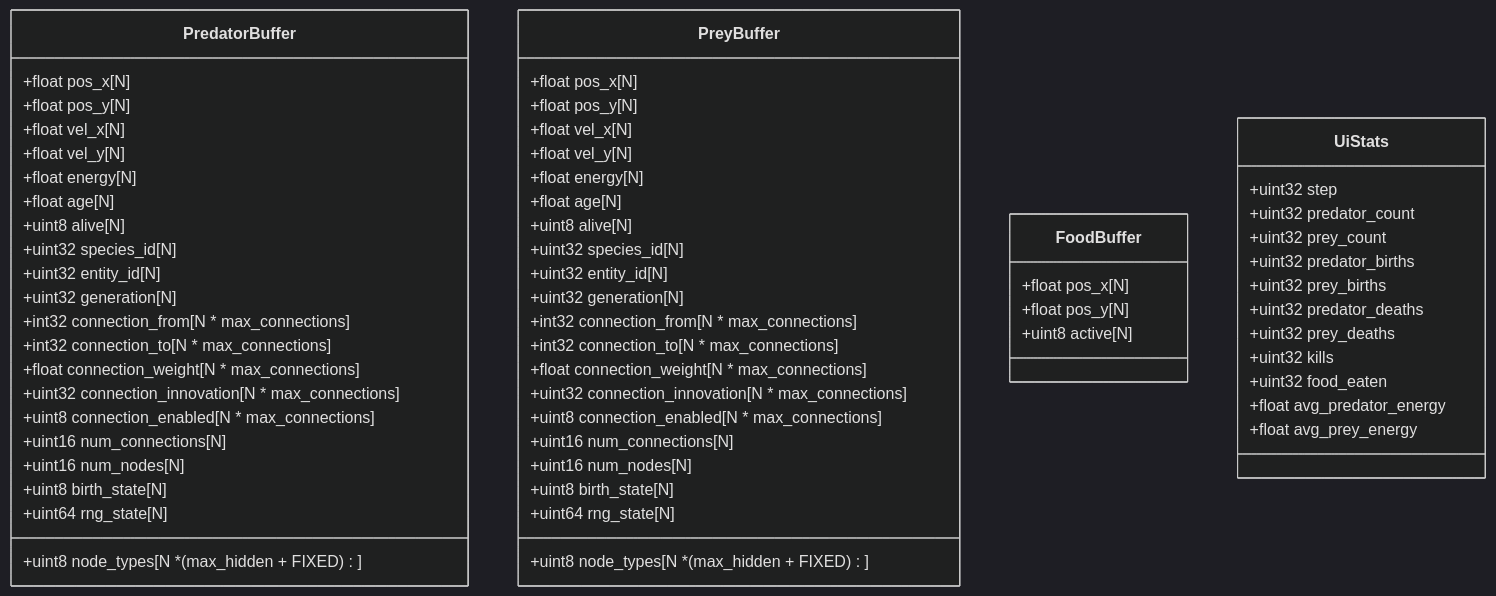
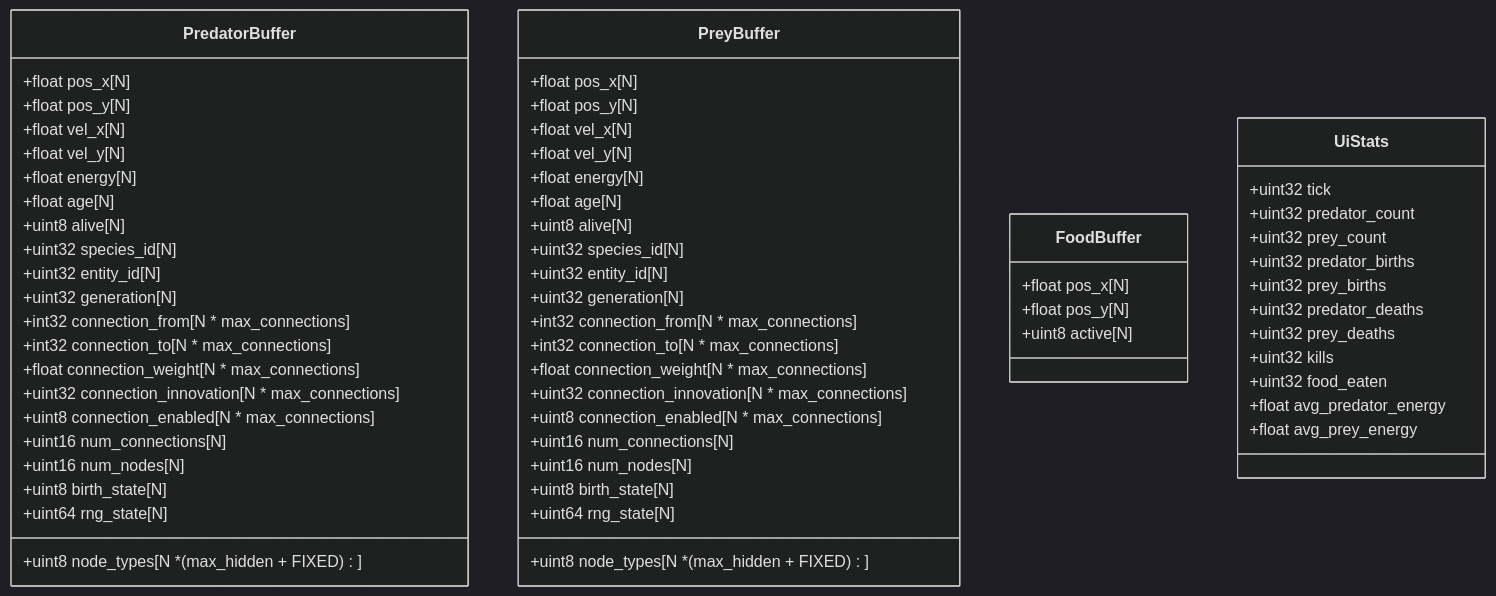
One commit to oguzhanozkaya/moonai changed the third of 4 diagrams in docs/internals/roadmap.md. Above: the diagram before and after it, drawn with Mermaid (dark theme). The commit also changed other lines of this file and 27 other files, not shown here.

Commit message:
refactor: naming, step to tick

````diff
--- a/docs/internals/roadmap.md
+++ b/docs/internals/roadmap.md
@@ -142,68 +99,68 @@
 ```mermaid
 classDiagram
     class PredatorBuffer {
         +float pos_x[N]
         +float pos_y[N]
         +float vel_x[N]
         +float vel_y[N]
         +float energy[N]
         +float age[N]
         +uint8 alive[N]
         +uint32 species_id[N]
         +uint32 entity_id[N]
         +uint32 generation[N]
         +int32 connection_from[N * max_connections]
         +int32 connection_to[N * max_connections]
         +float connection_weight[N * max_connections]
         +uint32 connection_innovation[N * max_connections]
         +uint8 connection_enabled[N * max_connections]
         +uint8 node_types[N * (max_hidden + FIXED)]
         +uint16 num_connections[N]
         +uint16 num_nodes[N]
         +uint8 birth_state[N]
         +uint64 rng_state[N]
     }
 
     class PreyBuffer {
         +float pos_x[N]
         +float pos_y[N]
         +float vel_x[N]
         +float vel_y[N]
         +float energy[N]
         +float age[N]
         +uint8 alive[N]
         +uint32 species_id[N]
         +uint32 entity_id[N]
         +uint32 generation[N]
         +int32 connection_from[N * max_connections]
         +int32 connection_to[N * max_connections]
         +float connection_weight[N * max_connections]
         +uint32 connection_innovation[N * max_connections]
         +uint8 connection_enabled[N * max_connections]
         +uint8 node_types[N * (max_hidden + FIXED)]
         +uint16 num_connections[N]
         +uint16 num_nodes[N]
         +uint8 birth_state[N]
         +uint64 rng_state[N]
     }
 
     class FoodBuffer {
         +float pos_x[N]
         +float pos_y[N]
         +uint8 active[N]
     }
 
     class UiStats {
-        +uint32 step
+        +uint32 tick
         +uint32 predator_count
         +uint32 prey_count
         +uint32 predator_births
         +uint32 prey_births
         +uint32 predator_deaths
         +uint32 prey_deaths
         +uint32 kills
         +uint32 food_eaten
         +float avg_predator_energy
         +float avg_prey_energy
     }
 ```
````
